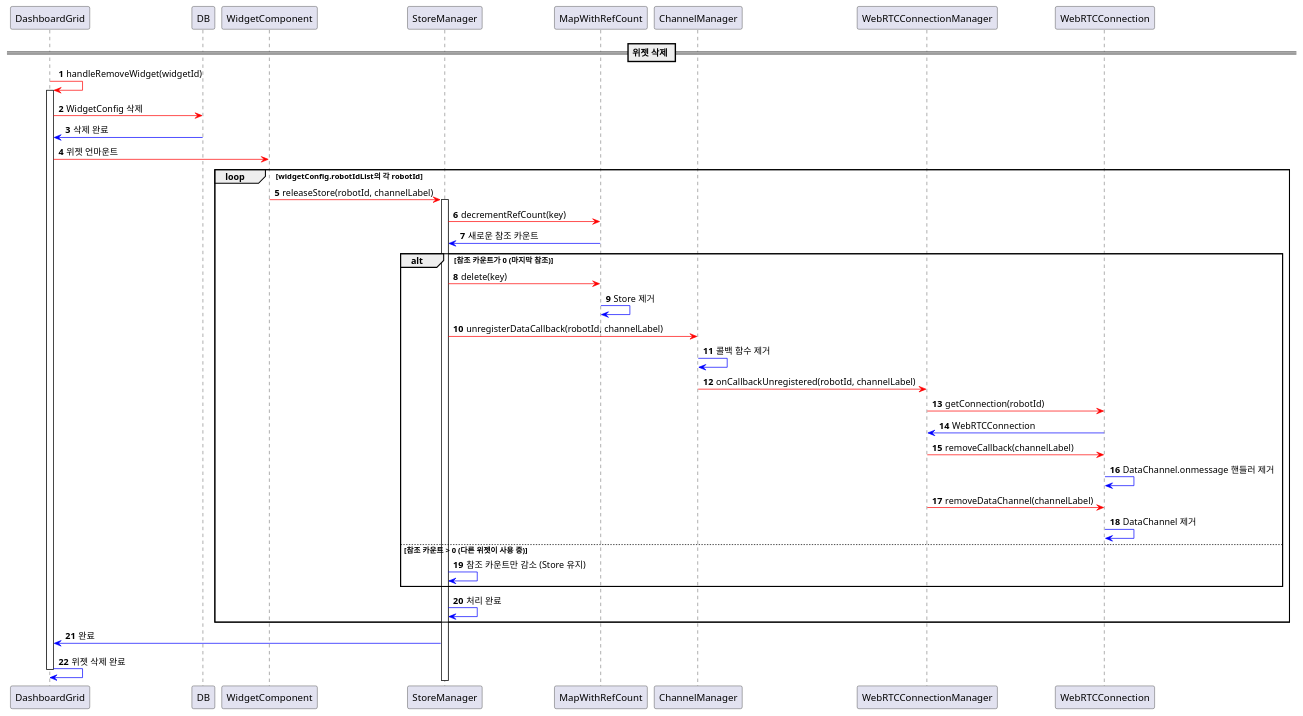
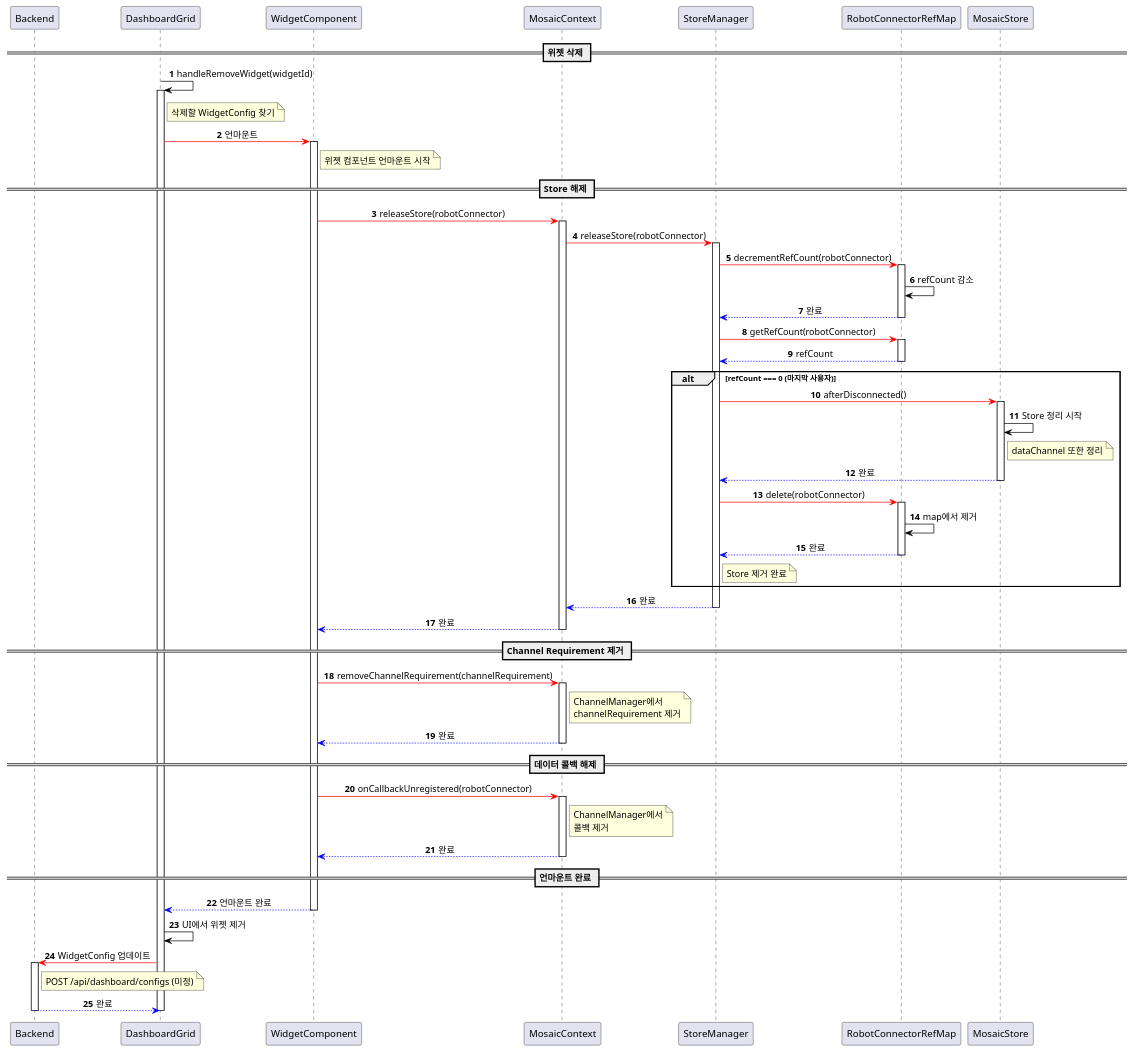
One commit to ACSL-MOSAIC/MOSAIC-Server changed the diagram in diagram/sequence_widget_delete.puml. Above: the diagram before and after it, drawn with PlantUML.

Commit message:
modify: sequence_widget_delete diagram

```diff
--- a/diagram/sequence_widget_delete.puml
+++ b/diagram/sequence_widget_delete.puml
@@ -1,57 +1,112 @@
 @startuml
-'https://plantuml.com/sequence-diagram
+skinparam sequenceMessageAlign center
+skinparam maxMessageSize 250
+autonumber
 
-participant DashboardGrid
-participant ChannelManager
-participant DB
-participant WidgetComponent
-participant StoreManager
-participant MapWithRefCount
-participant ChannelManager
-participant WebRTCConnectionManager
-participant WebRTCConnection
-
-autonumber
+participant "Backend" as Backend
+participant "DashboardGrid" as DashboardGrid
+participant "WidgetComponent" as WidgetComponent
+participant "MosaicContext" as MosaicContext
+participant "StoreManager" as StoreManager
+participant "RobotConnectorRefMap" as RobotConnectorRefMap
+participant "MosaicStore" as MosaicStore
 
 == 위젯 삭제 ==
 
-DashboardGrid -[#red]> DashboardGrid ++: handleRemoveWidget(widgetId)
+DashboardGrid -[#black]> DashboardGrid: handleRemoveWidget(widgetId)
+activate DashboardGrid
 
-DashboardGrid -[#red]> DB: WidgetConfig 삭제
-DB -[#blue]> DashboardGrid: 삭제 완료
+note right of DashboardGrid: 삭제할 WidgetConfig 찾기
 
-DashboardGrid -[#red]> WidgetComponent: 위젯 언마운트
+DashboardGrid -[#red]> WidgetComponent: 언마운트
+activate WidgetComponent
 
-loop widgetConfig.robotIdList의 각 robotId
-    WidgetComponent -[#red]> StoreManager ++: releaseStore(robotId, channelLabel)
-    
-    StoreManager -[#red]> MapWithRefCount: decrementRefCount(key)
-    MapWithRefCount -[#blue]> StoreManager: 새로운 참조 카운트
-    
-    alt 참조 카운트가 0 (마지막 참조)
-        StoreManager -[#red]> MapWithRefCount: delete(key)
-        MapWithRefCount [#blue]-> MapWithRefCount: Store 제거
-        
-        StoreManager -[#red]> ChannelManager: unregisterDataCallback(robotId, channelLabel)
-        ChannelManager [#blue]-> ChannelManager: 콜백 함수 제거
-        
-        ChannelManager -[#red]> WebRTCConnectionManager: onCallbackUnregistered(robotId, channelLabel)
-        WebRTCConnectionManager -[#red]> WebRTCConnection: getConnection(robotId)
-        WebRTCConnectionManager <[#blue]- WebRTCConnection: WebRTCConnection
-        
-        WebRTCConnectionManager -[#red]> WebRTCConnection: removeCallback(channelLabel)
-        WebRTCConnection [#blue]-> WebRTCConnection: DataChannel.onmessage 핸들러 제거
-        
-        WebRTCConnectionManager -[#red]> WebRTCConnection: removeDataChannel(channelLabel)
-        WebRTCConnection [#blue]-> WebRTCConnection: DataChannel 제거
-    else 참조 카운트 > 0 (다른 위젯이 사용 중)
-        StoreManager [#blue]-> StoreManager: 참조 카운트만 감소 (Store 유지)
-    end
-    
-    StoreManager [#blue]-> StoreManager: 처리 완료
+note right of WidgetComponent: 위젯 컴포넌트 언마운트 시작
+
+== Store 해제 ==
+
+WidgetComponent -[#red]> MosaicContext: releaseStore(robotConnector)
+activate MosaicContext
+
+MosaicContext -[#red]> StoreManager: releaseStore(robotConnector)
+activate StoreManager
+
+StoreManager -[#red]> RobotConnectorRefMap: decrementRefCount(robotConnector)
+activate RobotConnectorRefMap
+
+RobotConnectorRefMap -[#black]> RobotConnectorRefMap: refCount 감소
+
+RobotConnectorRefMap --[#blue]> StoreManager: 완료
+deactivate RobotConnectorRefMap
+
+StoreManager -[#red]> RobotConnectorRefMap: getRefCount(robotConnector)
+activate RobotConnectorRefMap
+
+RobotConnectorRefMap --[#blue]> StoreManager: refCount
+deactivate RobotConnectorRefMap
+
+alt refCount === 0 (마지막 사용자)
+  
+  StoreManager -[#red]> MosaicStore: afterDisconnected()
+  activate MosaicStore
+  
+  MosaicStore -[#black]> MosaicStore: Store 정리 시작
+  note right of MosaicStore: dataChannel 또한 정리
+  
+  MosaicStore --[#blue]> StoreManager: 완료
+  deactivate MosaicStore
+  
+  StoreManager -[#red]> RobotConnectorRefMap: delete(robotConnector)
+  activate RobotConnectorRefMap
+  
+  RobotConnectorRefMap -[#black]> RobotConnectorRefMap: map에서 제거
+  
+  RobotConnectorRefMap --[#blue]> StoreManager: 완료
+  deactivate RobotConnectorRefMap
+  
+  note right of StoreManager: Store 제거 완료
 end
 
-DashboardGrid <[#blue]- StoreManager: 완료
+StoreManager --[#blue]> MosaicContext: 완료
+deactivate StoreManager
 
-DashboardGrid [#blue]-> DashboardGrid --: 위젯 삭제 완료
+MosaicContext --[#blue]> WidgetComponent: 완료
+deactivate MosaicContext
+
+== Channel Requirement 제거 ==
+
+WidgetComponent -[#red]> MosaicContext: removeChannelRequirement(channelRequirement)
+activate MosaicContext
+
+note right of MosaicContext: ChannelManager에서\nchannelRequirement 제거
+
+MosaicContext --[#blue]> WidgetComponent: 완료
+deactivate MosaicContext
+
+== 데이터 콜백 해제 ==
+
+WidgetComponent -[#red]> MosaicContext: onCallbackUnregistered(robotConnector)
+activate MosaicContext
+
+note right of MosaicContext: ChannelManager에서\n콜백 제거
+
+MosaicContext --[#blue]> WidgetComponent: 완료
+deactivate MosaicContext
+
+== 언마운트 완료 ==
+
+WidgetComponent --[#blue]> DashboardGrid: 언마운트 완료
+deactivate WidgetComponent
+
+DashboardGrid -[#black]> DashboardGrid: UI에서 위젯 제거
+
+DashboardGrid -[#red]> Backend: WidgetConfig 업데이트
+activate Backend
+note right of Backend: POST /api/dashboard/configs (미정)
+
+Backend --[#blue]> DashboardGrid: 완료
+deactivate Backend
+
+deactivate DashboardGrid
+
 @enduml
```
